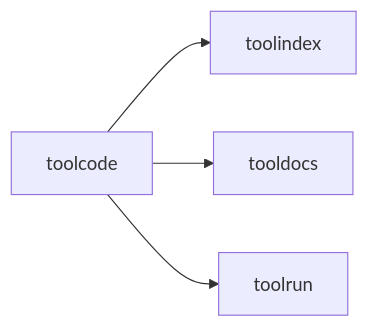
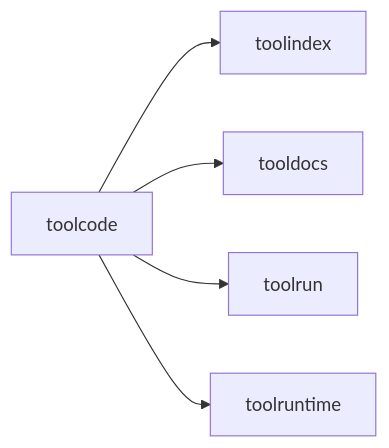
One commit to jonwraymond/ai-tools-stack changed the diagram in docs/components/toolcode.md. Above: the diagram before and after it, drawn with Mermaid. The commit also changed other lines of this file and 12 other files, not shown here.

````diff
--- a/docs/components/toolcode.md
+++ b/docs/components/toolcode.md
@@ -21,6 +30,7 @@
 ```mermaid
 flowchart LR
   A[toolcode] --> B[toolindex]
   A --> C[tooldocs]
   A --> D[toolrun]
+  A --> E[toolruntime]
 ```
````
